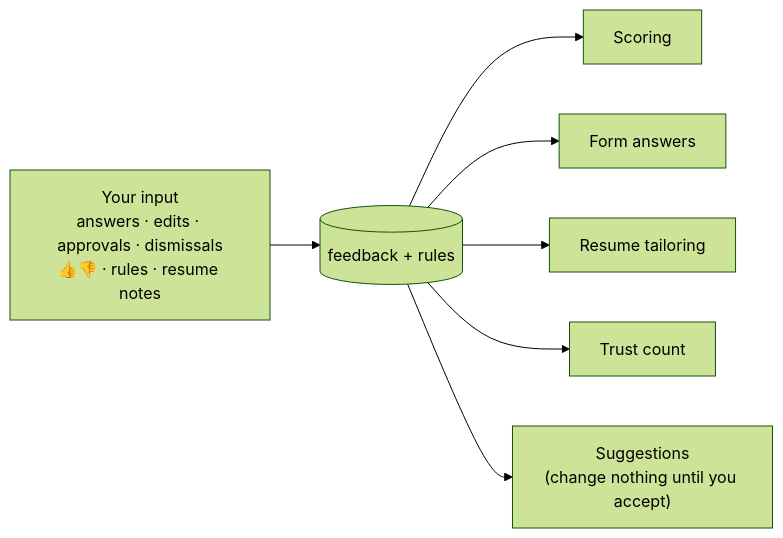
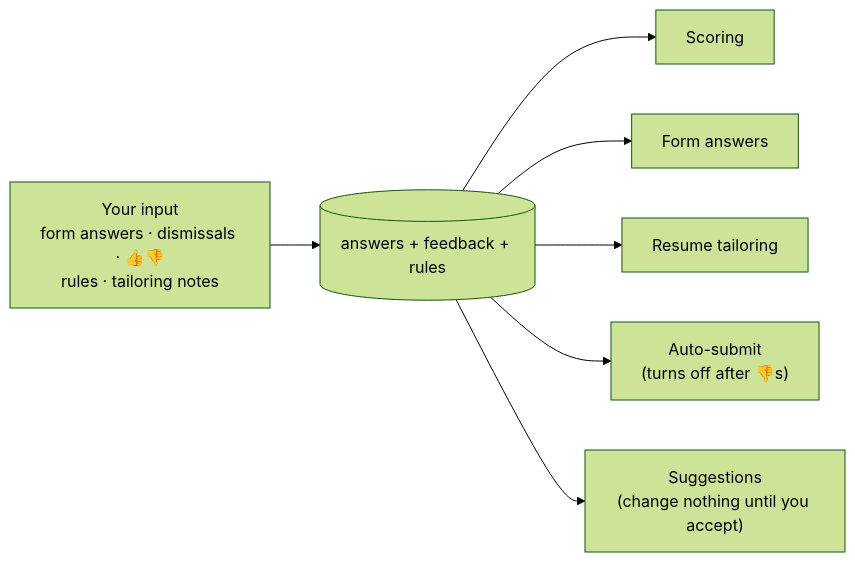
One commit to Avijit07x/truapply changed the diagram in docs/outcomes.md. Above: the diagram before and after it, drawn with Mermaid (forest theme). The commit also changed other lines of this file and 17 other files, not shown here.

````diff
--- a/docs/outcomes.md
+++ b/docs/outcomes.md
@@ -5,9 +5,9 @@
 ```mermaid
 flowchart LR
-  you["Your input<br/>answers · edits · approvals · dismissals<br/>👍👎 · rules · resume notes"] --> learn[(feedback + rules)]
+  you["Your input<br/>form answers · dismissals · 👍👎<br/>rules · tailoring notes"] --> learn[(answers + feedback + rules)]
   learn --> score["Scoring"]
   learn --> forms["Form answers"]
   learn --> tailor["Resume tailoring"]
-  learn --> trust["Trust count"]
+  learn --> auto["Auto-submit<br/>(turns off after 👎s)"]
   learn --> suggest["Suggestions<br/>(change nothing until you accept)"]
 ```
````
